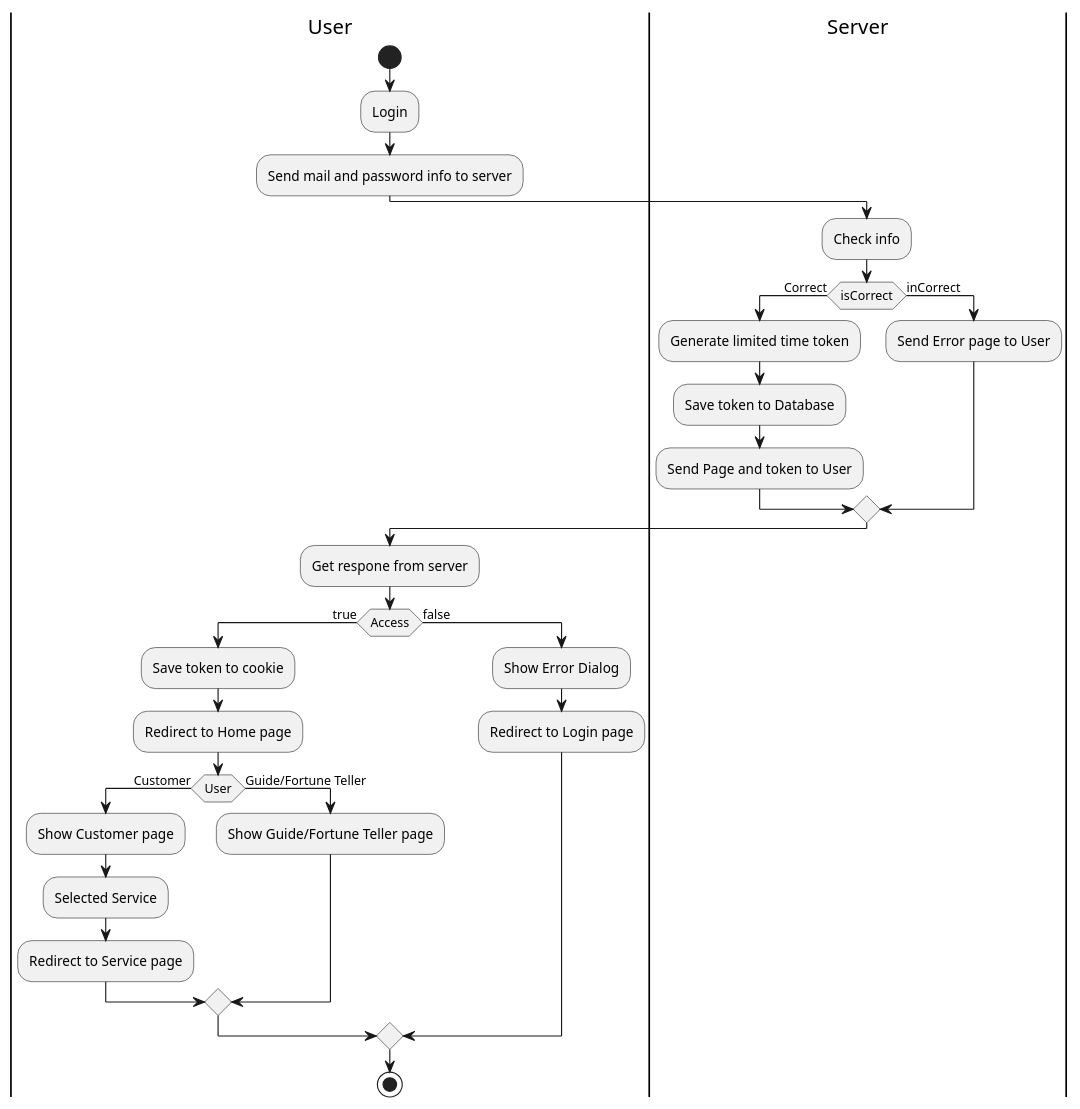
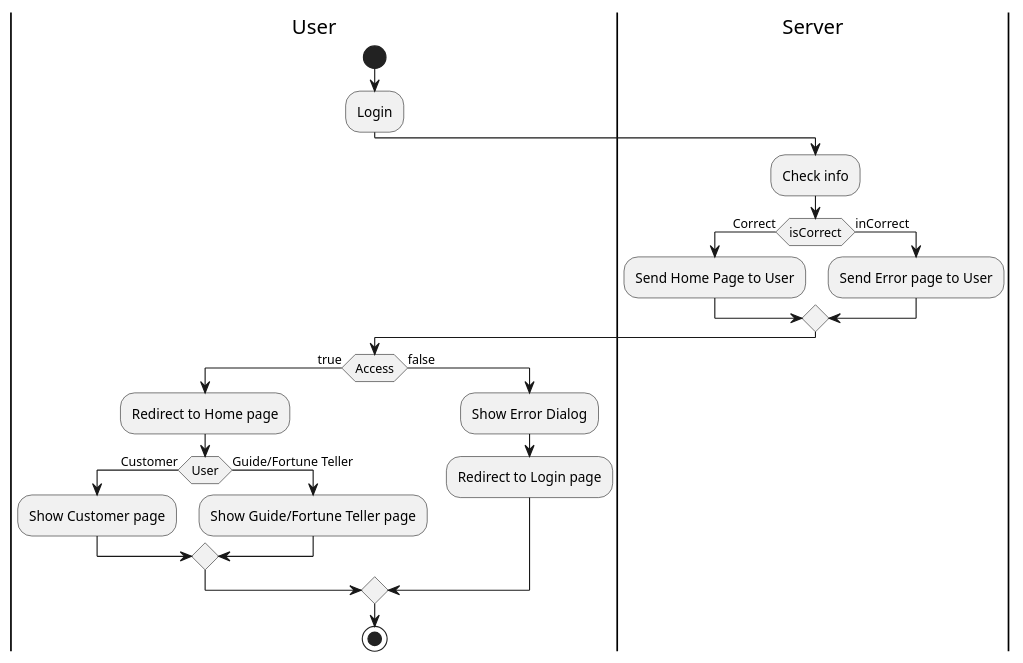
One commit to Nxwbtk/SA-Diagram changed the second of 7 diagrams in activity-diagram.plantuml. Above: the diagram before and after it, drawn with PlantUML. The commit also changed other lines of this file and 9 other files, not shown here.

```diff
--- a/activity-diagram.plantuml
+++ b/activity-diagram.plantuml
@@ -31,33 +31,26 @@
 @startuml
 |User|
 start
 :Login;
-:Send mail and password info to server;
 |Server|
 :Check info;
 if (isCorrect) is (Correct) then
-	:Generate limited time token;
-	:Save token to Database;
-	:Send Page and token to User;
+	:Send Home Page to User;
 else (inCorrect)
 	:Send Error page to User;
 endif
 
 |User|
-:Get respone from server;
 if (Access) is (true) then
-	:Save token to cookie;
 	:Redirect to Home page;
 	if (User) is (Customer) then
 	:Show Customer page;
-	:Selected Service;
-	:Redirect to Service page;
 	else (Guide/Fortune Teller)
 	:Show Guide/Fortune Teller page;
 	endif
 else (false)
 	:Show Error Dialog;
 	:Redirect to Login page;
 endif
 stop
 @enduml
```
